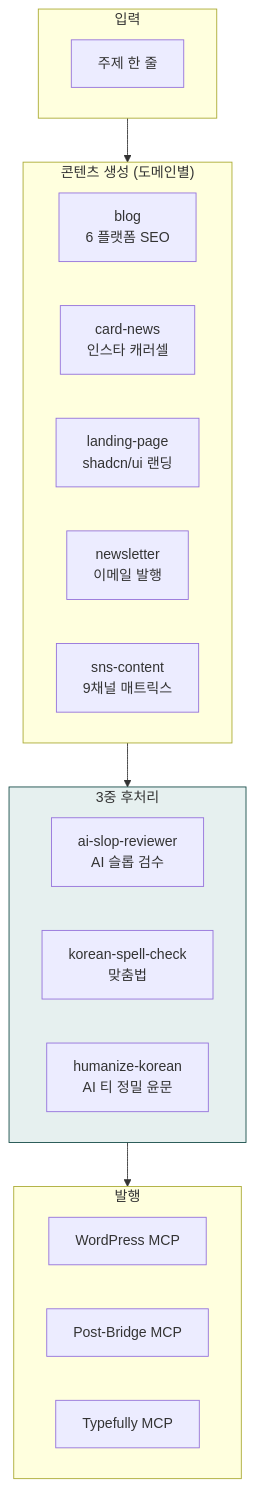
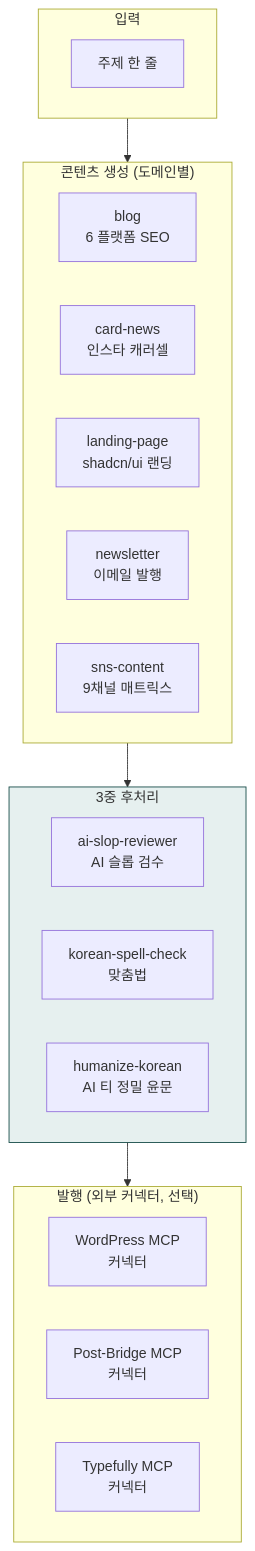
Before and after one commit to modu-ai/claude: the first of 2 diagrams in content/cookbook/tracks/track-content.md, drawn with Mermaid. The commit also changed other lines of this file and 43 other files, not shown here.

````diff
--- a/content/cookbook/tracks/track-content.md
+++ b/content/cookbook/tracks/track-content.md
@@ -14,25 +14,25 @@
 ```mermaid
 flowchart TD
     subgraph 입력["입력"]
         A["주제 한 줄"]
     end
     subgraph 생성["콘텐츠 생성 (도메인별)"]
         B1["blog<br/>6 플랫폼 SEO"]
         B2["card-news<br/>인스타 캐러셀"]
         B3["landing-page<br/>shadcn/ui 랜딩"]
         B4["newsletter<br/>이메일 발행"]
         B5["sns-content<br/>9채널 매트릭스"]
     end
     subgraph 검수["3중 후처리"]
         C1["ai-slop-reviewer<br/>AI 슬롭 검수"]
         C2["korean-spell-check<br/>맞춤법"]
         C3["humanize-korean<br/>AI 티 정밀 윤문"]
     end
-    subgraph 발행["발행"]
-        D1["WordPress MCP"]
-        D2["Post-Bridge MCP"]
-        D3["Typefully MCP"]
+    subgraph 발행["발행 (외부 커넥터, 선택)"]
+        D1["WordPress MCP<br/>커넥터"]
+        D2["Post-Bridge MCP<br/>커넥터"]
+        D3["Typefully MCP<br/>커넥터"]
     end
     입력 --> 생성 --> 검수 --> 발행
     style 검수 fill:#e6f0ef,stroke:#144a46
 ```
````
